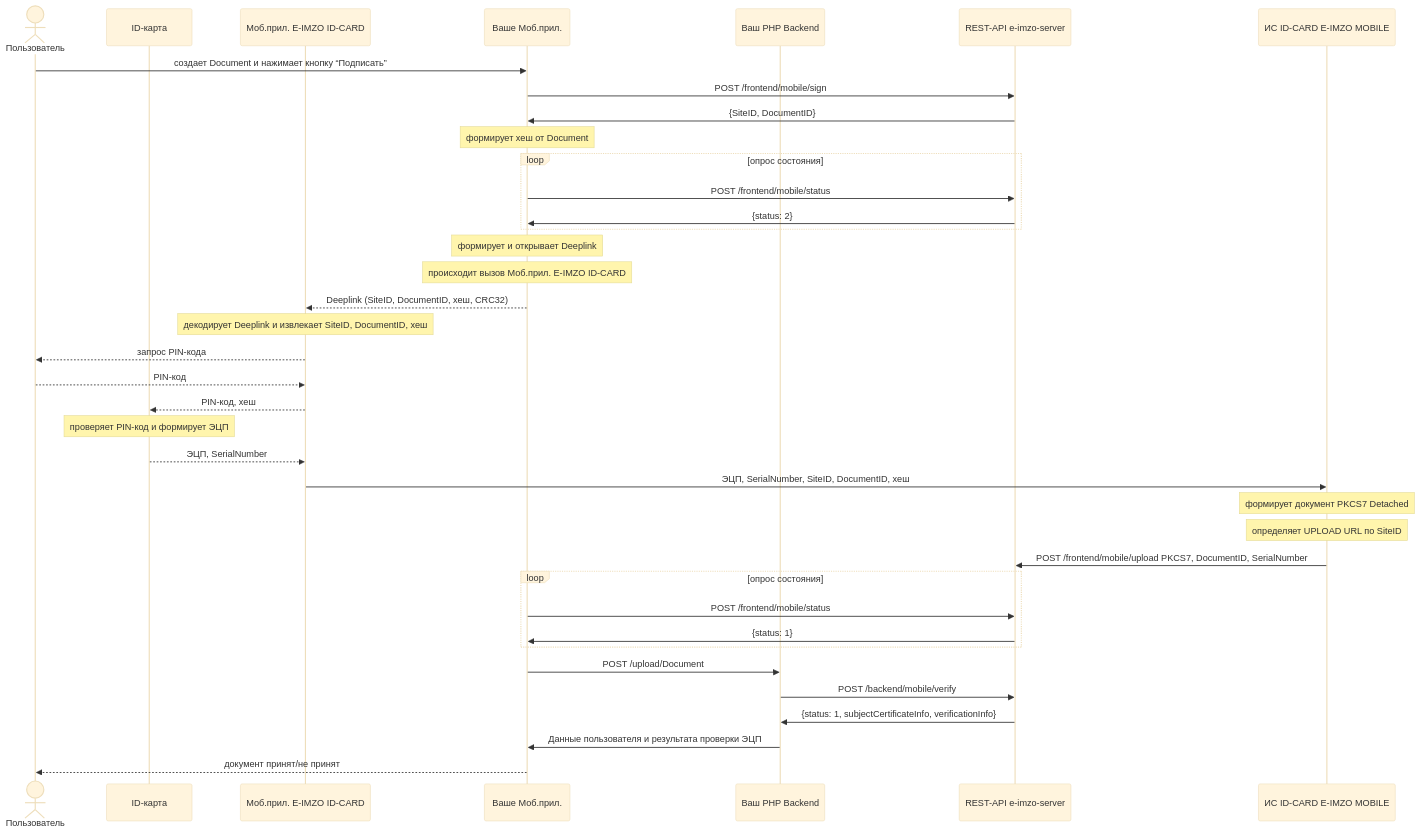
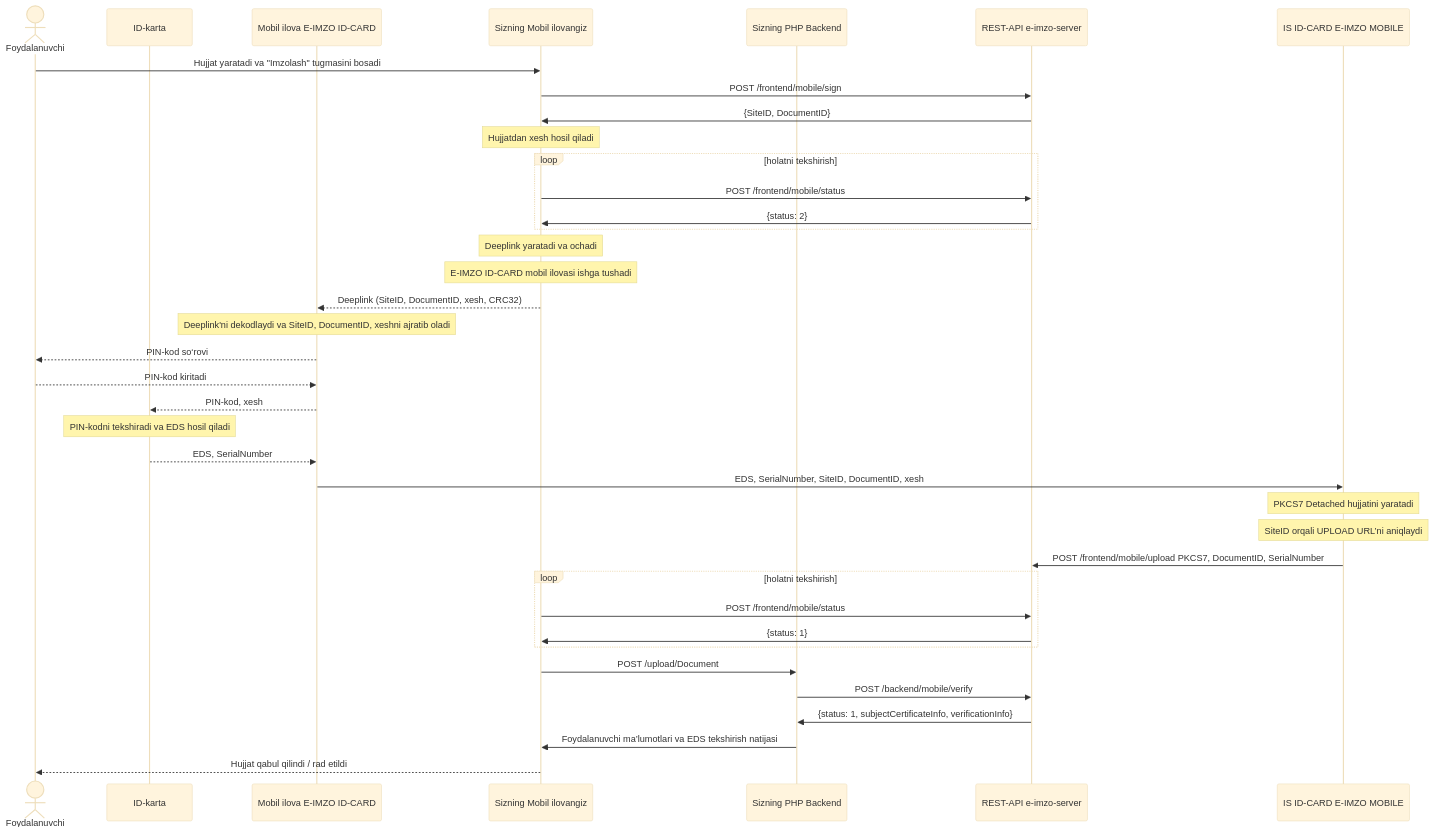
One commit to qo0p/e-imzo-doc changed the fourth of 5 diagrams in README.md. Above: the diagram before and after it, drawn with Mermaid (base theme). The commit also changed other lines of this file, not shown here.

````diff
--- a/README.md
+++ b/README.md
@@ -906,42 +910,41 @@
 ```mermaid
 sequenceDiagram
-  actor user as Пользователь
-  participant idcard as ID-карта
-  participant eimzo as Моб.прил. E-IMZO ID-CARD
-  participant frontend as Ваше Моб.прил.
-  participant backend as Ваш PHP Backend
+  actor user as Foydalanuvchi
+  participant idcard as ID-karta
+  participant eimzo as Mobil ilova E-IMZO ID-CARD
+  participant frontend as Sizning Mobil ilovangiz
+  participant backend as Sizning PHP Backend
   participant rest as REST-API e-imzo-server
-  participant api as ИС ID-CARD E-IMZO MOBILE
-  
-  user ->> frontend: создает Document и нажимает кнопку “Подписать”
+  participant api as IS ID-CARD E-IMZO MOBILE
+
+  user ->> frontend: Hujjat yaratadi va "Imzolash" tugmasini bosadi
   frontend ->> rest: POST /frontend/mobile/sign
   rest ->> frontend: {SiteID, DocumentID}
-  Note over frontend: формирует хеш от Document
-  loop опрос состояния
+  Note over frontend: Hujjatdan xesh hosil qiladi
+  loop holatni tekshirish
     frontend ->> rest: POST /frontend/mobile/status
     rest ->> frontend: {status: 2}
   end
-  Note over frontend: формирует и открывает Deeplink
-  Note over frontend: происходит вызов Моб.прил. E-IMZO ID-CARD
-  frontend -->> eimzo: Deeplink (SiteID, DocumentID, хеш, CRC32)
-  Note over eimzo: декодирует Deeplink и извлекает SiteID, DocumentID, хеш
-  eimzo -->> user: запрос PIN-кода
-  user -->> eimzo: PIN-код
-  eimzo -->> idcard: PIN-код, хеш
-  Note over idcard : проверяет PIN-код и формирует ЭЦП
-  idcard -->> eimzo: ЭЦП, SerialNumber
-  eimzo ->> api: ЭЦП, SerialNumber, SiteID, DocumentID, хеш
-  Note over api: формирует документ PKCS7 Detached
-  Note over api: определяет UPLOAD URL по SiteID
+  Note over frontend: Deeplink yaratadi va ochadi
+  Note over frontend: E-IMZO ID-CARD mobil ilovasi ishga tushadi
+  frontend -->> eimzo: Deeplink (SiteID, DocumentID, xesh, CRC32)
+  Note over eimzo: Deeplink'ni dekodlaydi va SiteID, DocumentID, xeshni ajratib oladi
+  eimzo -->> user: PIN-kod so‘rovi
+  user -->> eimzo: PIN-kod kiritadi
+  eimzo -->> idcard: PIN-kod, xesh
+  Note over idcard: PIN-kodni tekshiradi va EDS hosil qiladi
+  idcard -->> eimzo: EDS, SerialNumber
+  eimzo ->> api: EDS, SerialNumber, SiteID, DocumentID, xesh
+  Note over api: PKCS7 Detached hujjatini yaratadi
+  Note over api: SiteID orqali UPLOAD URL’ni aniqlaydi
   api ->> rest: POST /frontend/mobile/upload PKCS7, DocumentID, SerialNumber
-  loop опрос состояния
+  loop holatni tekshirish
     frontend ->> rest: POST /frontend/mobile/status
     rest ->> frontend: {status: 1}
   end
   frontend ->> backend: POST /upload/Document
   backend ->> rest: POST /backend/mobile/verify
   rest ->> backend: {status: 1, subjectCertificateInfo, verificationInfo}
-  backend ->> frontend: Данные пользователя и результата проверки ЭЦП
-  frontend -->> user: документ принят/не принят
-
+  backend ->> frontend: Foydalanuvchi ma’lumotlari va EDS tekshirish natijasi
+  frontend -->> user: Hujjat qabul qilindi / rad etildi
 ```
````
